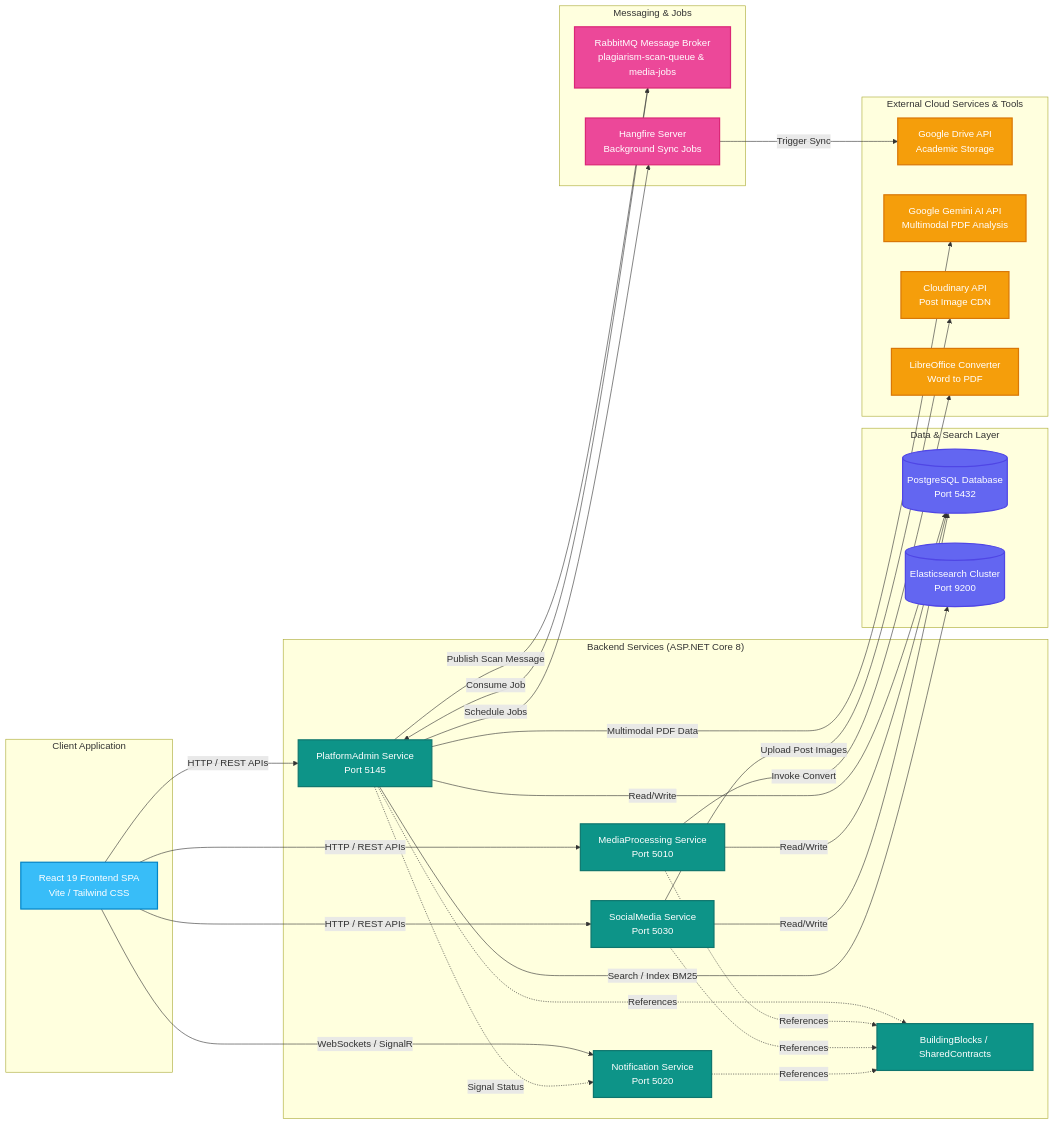
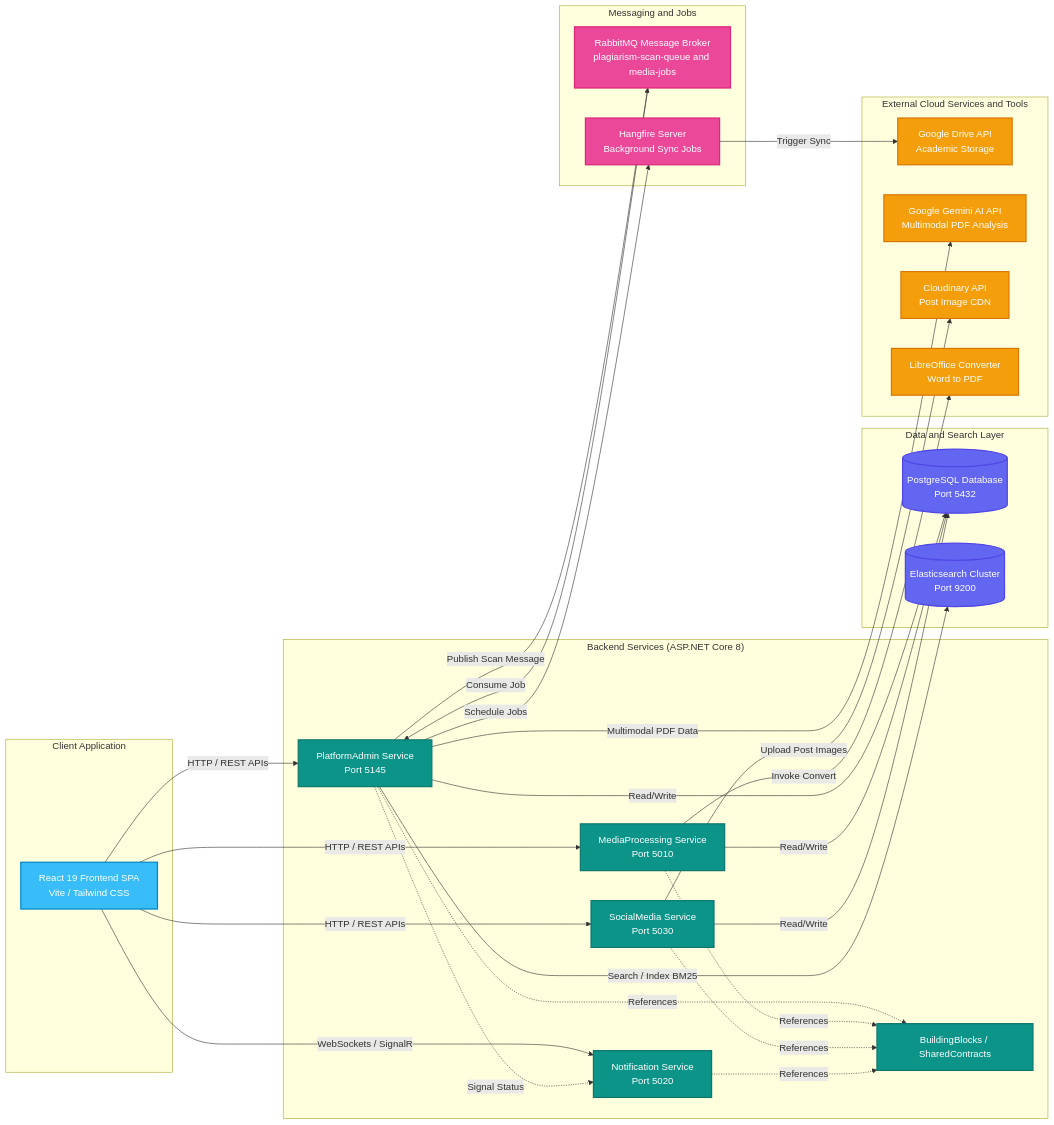
Before and after one commit to phucnguyen2716/Thesis-Management: the fourth of 5 diagrams in README.md, drawn with Mermaid. The commit also changed other lines of this file, not shown here.

Commit message:
docs: clean up ampersands and quotes in architecture and sequence diagrams to ensure XML compliance

````diff
--- a/README.md
+++ b/README.md
@@ -881,67 +881,67 @@
 ```mermaid
 graph LR
     classDef client fill:#38bdf8,stroke:#0284c7,stroke-width:2px,color:#fff;
     classDef service fill:#0d9488,stroke:#0f766e,stroke-width:2px,color:#fff;
     classDef external fill:#f59e0b,stroke:#d97706,stroke-width:2px,color:#fff;
     classDef store fill:#6366f1,stroke:#4f46e5,stroke-width:2px,color:#fff;
     classDef broker fill:#ec4899,stroke:#db2777,stroke-width:2px,color:#fff;
 
     subgraph ClientLayer ["Client Application"]
-        FE[React 19 Frontend SPA<br/>Vite / Tailwind CSS]:::client
+        FE["React 19 Frontend SPA<br/>Vite / Tailwind CSS"]:::client
     end
 
     subgraph APILayer ["Backend Services (ASP.NET Core 8)"]
-        PA[PlatformAdmin Service<br/>Port 5145]:::service
-        MP[MediaProcessing Service<br/>Port 5010]:::service
-        NS[Notification Service<br/>Port 5020]:::service
-        SM[SocialMedia Service<br/>Port 5030]:::service
-        BC[BuildingBlocks / SharedContracts]:::service
+        PA["PlatformAdmin Service<br/>Port 5145"]:::service
+        MP["MediaProcessing Service<br/>Port 5010"]:::service
+        NS["Notification Service<br/>Port 5020"]:::service
+        SM["SocialMedia Service<br/>Port 5030"]:::service
+        BC["BuildingBlocks / SharedContracts"]:::service
     end
 
-    subgraph BrokerLayer ["Messaging & Jobs"]
-        RMQ[RabbitMQ Message Broker<br/>plagiarism-scan-queue & media-jobs]:::broker
-        HF[Hangfire Server<br/>Background Sync Jobs]:::broker
+    subgraph BrokerLayer ["Messaging and Jobs"]
+        RMQ["RabbitMQ Message Broker<br/>plagiarism-scan-queue and media-jobs"]:::broker
+        HF["Hangfire Server<br/>Background Sync Jobs"]:::broker
     end
 
-    subgraph DataStorage ["Data & Search Layer"]
-        DB[(PostgreSQL Database<br/>Port 5432)]:::store
-        ES[(Elasticsearch Cluster<br/>Port 9200)]:::store
+    subgraph DataStorage ["Data and Search Layer"]
+        DB[("PostgreSQL Database<br/>Port 5432")]:::store
+        ES[("Elasticsearch Cluster<br/>Port 9200")]:::store
     end
 
-    subgraph ExternalServices ["External Cloud Services & Tools"]
-        GD[Google Drive API<br/>Academic Storage]:::external
-        GEM[Google Gemini AI API<br/>Multimodal PDF Analysis]:::external
-        CLD[Cloudinary API<br/>Post Image CDN]:::external
-        LO[LibreOffice Converter<br/>Word to PDF]:::external
+    subgraph ExternalServices ["External Cloud Services and Tools"]
+        GD["Google Drive API<br/>Academic Storage"]:::external
+        GEM["Google Gemini AI API<br/>Multimodal PDF Analysis"]:::external
+        CLD["Cloudinary API<br/>Post Image CDN"]:::external
+        LO["LibreOffice Converter<br/>Word to PDF"]:::external
     end
 
     FE -->|HTTP / REST APIs| PA
     FE -->|HTTP / REST APIs| MP
     FE -->|HTTP / REST APIs| SM
     FE -->|WebSockets / SignalR| NS
 
     PA -.->|References| BC
     MP -.->|References| BC
     SM -.->|References| BC
     NS -.->|References| BC
 
     PA -->|Read/Write| DB
     MP -->|Read/Write| DB
     SM -->|Read/Write| DB
 
     PA -->|Search / Index BM25| ES
 
     PA -->|Schedule Jobs| HF
     HF -->|Trigger Sync| GD
 
     PA -->|Publish Scan Message| RMQ
     RMQ -->|Consume Job| PA
     
     PA -->|Multimodal PDF Data| GEM
     
     SM -->|Upload Post Images| CLD
     
     MP -->|Invoke Convert| LO
     
     PA -.->|Signal Status| NS
 ```
````
